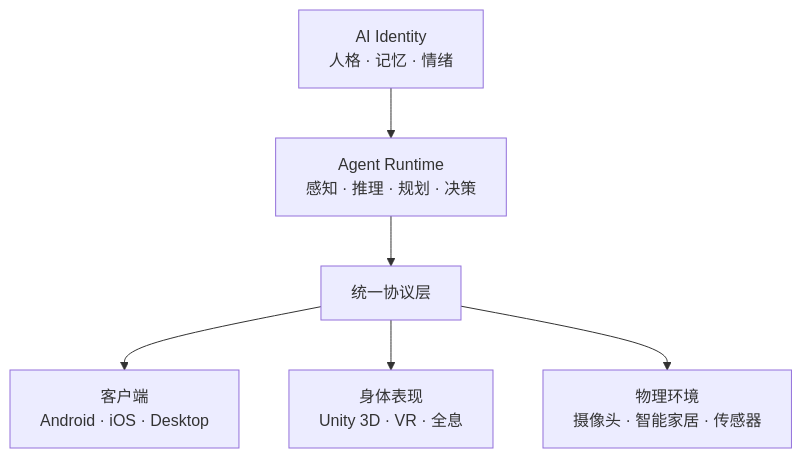
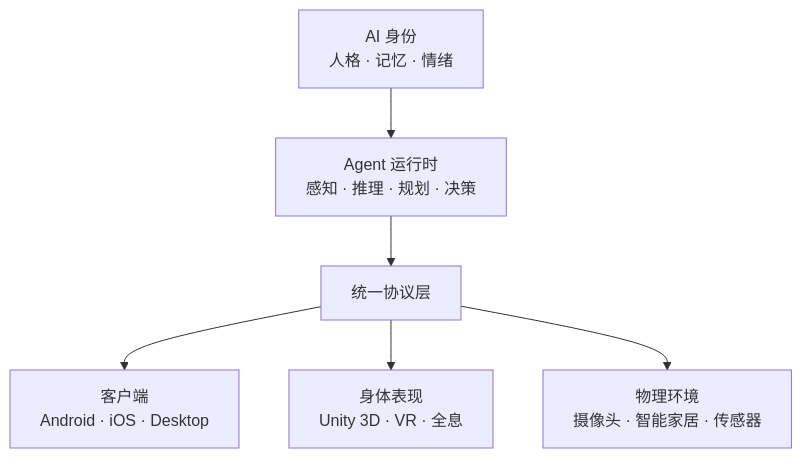
The eighth of 12 diagrams in product/产品愿景与总纲.md (ayane-ai/ayane-docs), drawn with Mermaid before and after one commit. The commit also changed other lines of this file and 8 other files, not shown here.

````diff
--- a/product/产品愿景与总纲.md
+++ b/product/产品愿景与总纲.md
@@ -478,13 +518,13 @@
 ```mermaid
 flowchart TD
-    identity["AI Identity<br>人格 · 记忆 · 情绪"]
-    runtime["Agent Runtime<br>感知 · 推理 · 规划 · 决策"]
+    identity["AI 身份<br>人格 · 记忆 · 情绪"]
+    runtime["Agent 运行时<br>感知 · 推理 · 规划 · 决策"]
     protocol["统一协议层"]
 
     identity --> runtime
     runtime --> protocol
 
     protocol --> client["客户端<br>Android · iOS · Desktop"]
     protocol --> embodiment["身体表现<br>Unity 3D · VR · 全息"]
     protocol --> physical["物理环境<br>摄像头 · 智能家居 · 传感器"]
 ```
````
